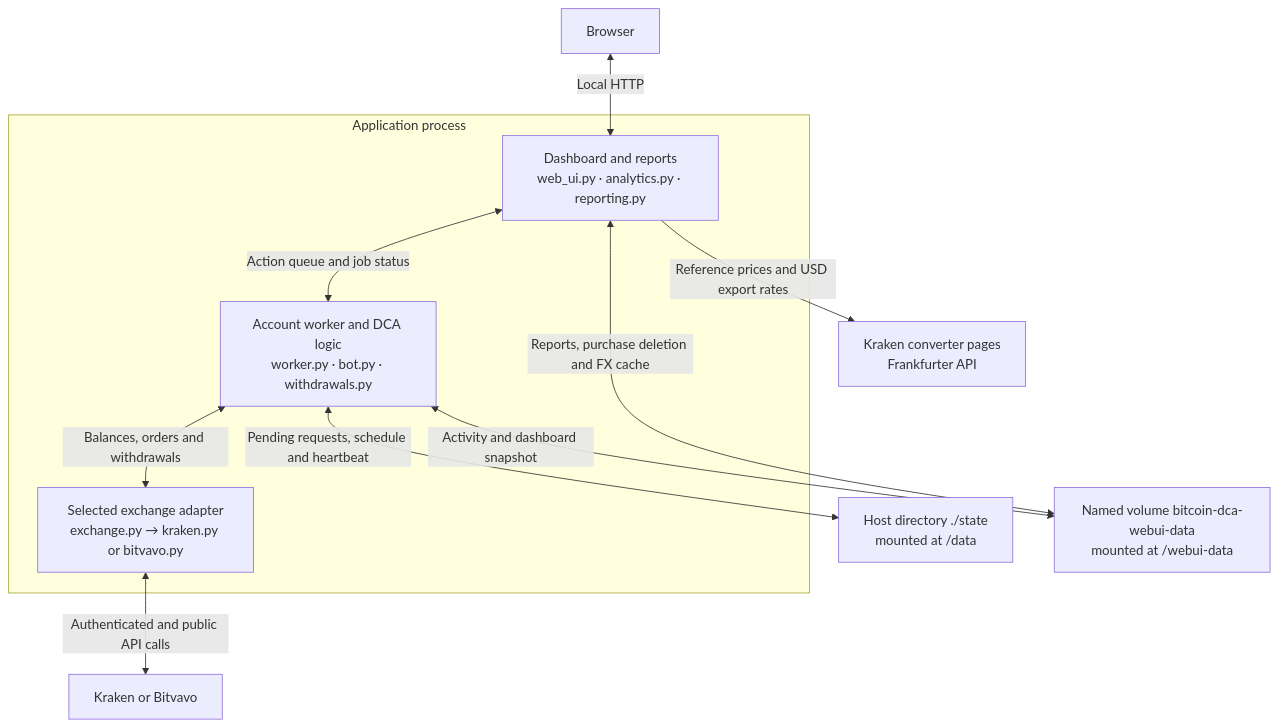
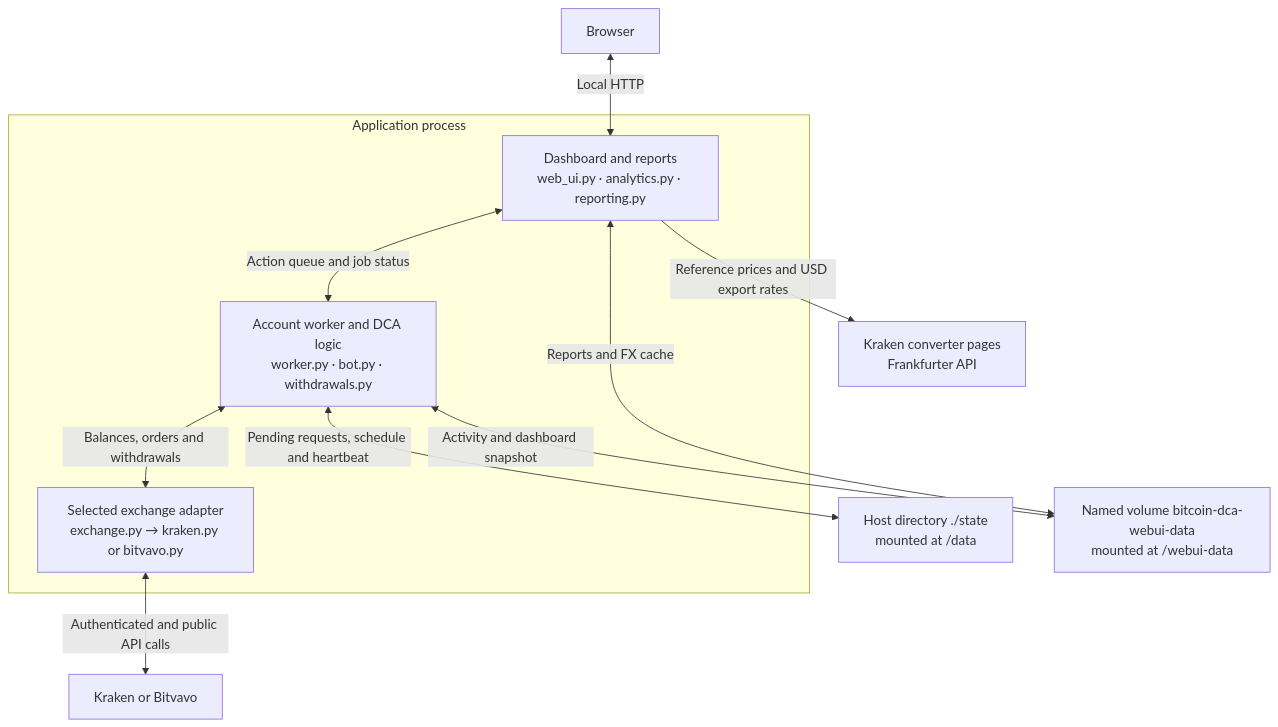
The diagram in README.md (lvrbschff/docker-bitcoin-dca), drawn with Mermaid before and after one commit. The commit also changed other lines of this file and 1 other file, not shown here.

Commit message:
Remove activity deletion from dashboard and HTTP API

````diff
--- a/README.md
+++ b/README.md
@@ -196,16 +195,16 @@
 ```mermaid
 flowchart TB
     Browser["Browser"] <-->|Local HTTP| Web
     subgraph App["Application process"]
         Web["Dashboard and reports<br/>web_ui.py · analytics.py · reporting.py"]
         Worker["Account worker and DCA logic<br/>worker.py · bot.py · withdrawals.py"]
         Adapter["Selected exchange adapter<br/>exchange.py → kraken.py or bitvavo.py"]
         Web <-->|Action queue and job status| Worker
         Worker <-->|Balances, orders and withdrawals| Adapter
     end
     Adapter <-->|Authenticated and public API calls| Exchange["Kraken or Bitvavo"]
     Web -->|Reference prices and USD export rates| Sources["Kraken converter pages<br/>Frankfurter API"]
     Worker <-->|Pending requests, schedule and heartbeat| State["Host directory ./state<br/>mounted at /data"]
     Worker <-->|Activity and dashboard snapshot| Data["Named volume bitcoin-dca-webui-data<br/>mounted at /webui-data"]
-    Web <-->|Reports, purchase deletion and FX cache| Data
+    Web <-->|Reports and FX cache| Data
 ```
````
